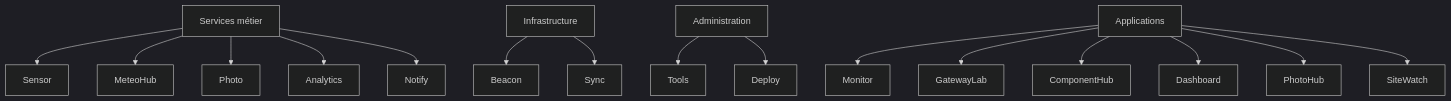
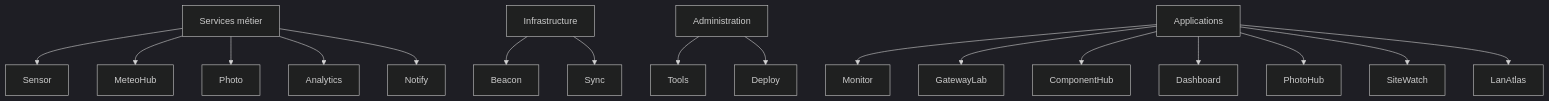
Before and after one commit to morfredus/morfSystem: the diagram in docs/ECOSYSTEM.MD, drawn with Mermaid (dark theme). The commit also changed other lines of this file and 4 other files, not shown here.

Commit message:
feat: Mise à jour de la version à 1.6.1, ajout de LanAtlas à l'écosystème et documentation associée

````diff
--- a/docs/ECOSYSTEM.MD
+++ b/docs/ECOSYSTEM.MD
@@ -53,30 +53,31 @@
 ```mermaid
 flowchart TD
 
 A[Services métier]
 
 B[Infrastructure]
 
 C[Administration]
 
 D[Applications]
 
 A --> Sensor
 A --> MeteoHub
 A --> Photo
 A --> Analytics
 A --> Notify
 
 B --> Beacon
 B --> Sync
 
 C --> Tools
 C --> Deploy
 
 D --> Monitor
 D --> GatewayLab
 D --> ComponentHub
 D --> Dashboard
 D --> PhotoHub
 D --> SiteWatch
+D --> LanAtlas
 ```
````
